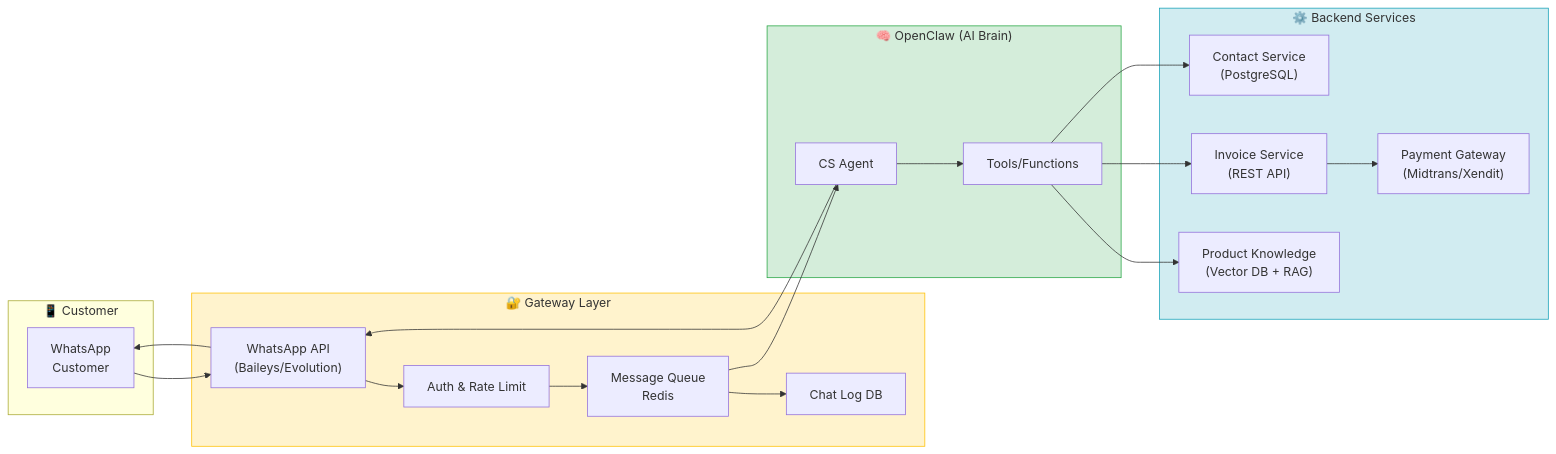
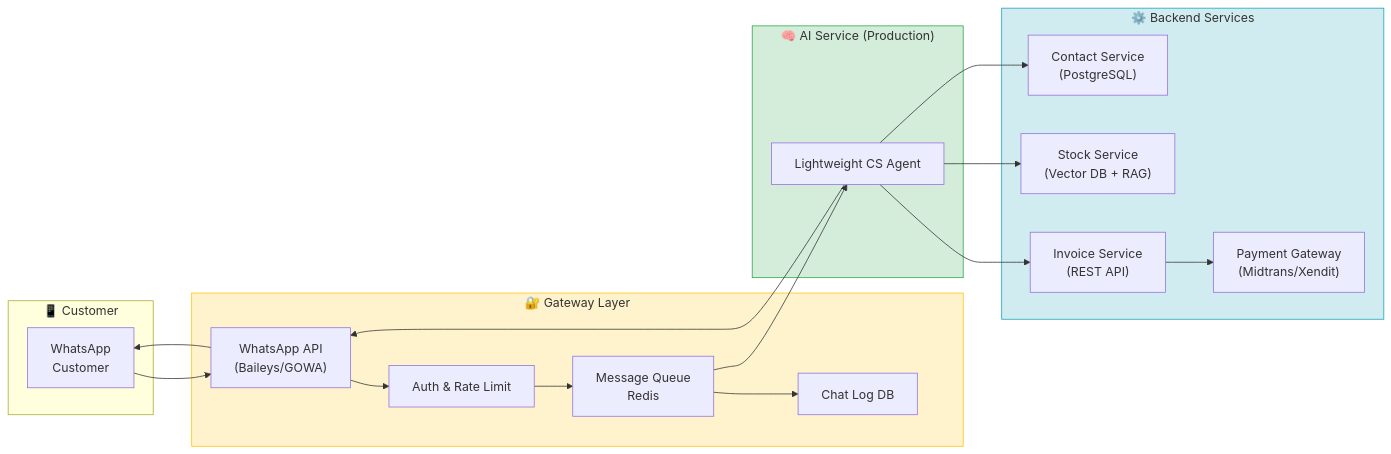
The second of 6 diagrams in tutorials/openclaw-cs-whatsapp-gateway.md (fanani-radian/openclaw-sumopod), drawn with Mermaid before and after one commit. The commit also changed other lines of this file, not shown here.

Commit message:
docs: update CS tutorial — add Builder approach (OpenClaw as dev tool), Stock-Service, GOWA

````diff
--- a/tutorials/openclaw-cs-whatsapp-gateway.md
+++ b/tutorials/openclaw-cs-whatsapp-gateway.md
@@ -58,42 +165,40 @@
 ```mermaid
 flowchart LR
     subgraph Customer["📱 Customer"]
         WA["WhatsApp\nCustomer"]
     end
 
     subgraph Gateway["🔐 Gateway Layer"]
-        WA_API["WhatsApp API\n(Baileys/Evolution)"]
+        WA_API["WhatsApp API\n(Baileys/GOWA)"]
         MSG_Q["Message Queue\nRedis"]
         AUTH["Auth & Rate Limit"]
         LOG["Chat Log DB"]
     end
 
-    subgraph OpenClaw["🧠 OpenClaw (AI Brain)"]
-        AGENT["CS Agent"]
-        TOOLS["Tools/Functions"]
+    subgraph AI["🧠 AI Service (Production)"]
+        AGENT["Lightweight CS Agent"]
     end
 
     subgraph Services["⚙️ Backend Services"]
         CONTACT_DB["Contact Service\n(PostgreSQL)"]
+        STOCK_SVC["Stock Service\n(Vector DB + RAG)"]
         INVOICE_SVC["Invoice Service\n(REST API)"]
         PG["Payment Gateway\n(Midtrans/Xendit)"]
-        PRODUCT_KB["Product Knowledge\n(Vector DB + RAG)"]
     end
 
     WA --> WA_API
     WA_API --> AUTH
     AUTH --> MSG_Q
     MSG_Q --> LOG
     MSG_Q --> AGENT
-    AGENT --> TOOLS
-    TOOLS --> CONTACT_DB
-    TOOLS --> INVOICE_SVC
+    AGENT --> CONTACT_DB
+    AGENT --> STOCK_SVC
+    AGENT --> INVOICE_SVC
     INVOICE_SVC --> PG
-    TOOLS --> PRODUCT_KB
     AGENT --> WA_API
     WA_API --> WA
 
     style Gateway fill:#fff3cd,stroke:#ffc107
-    style OpenClaw fill:#d4edda,stroke:#28a745
+    style AI fill:#d4edda,stroke:#28a745
     style Services fill:#d1ecf1,stroke:#17a2b8
 ```
````
